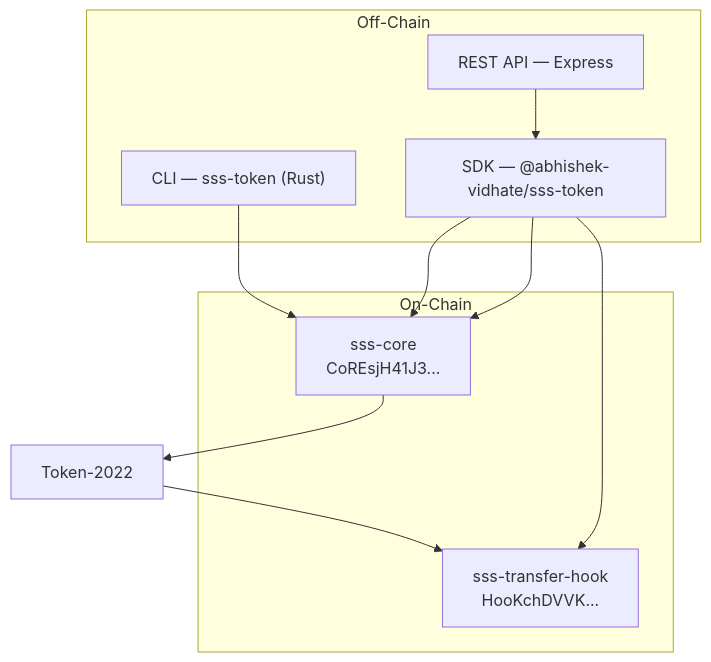
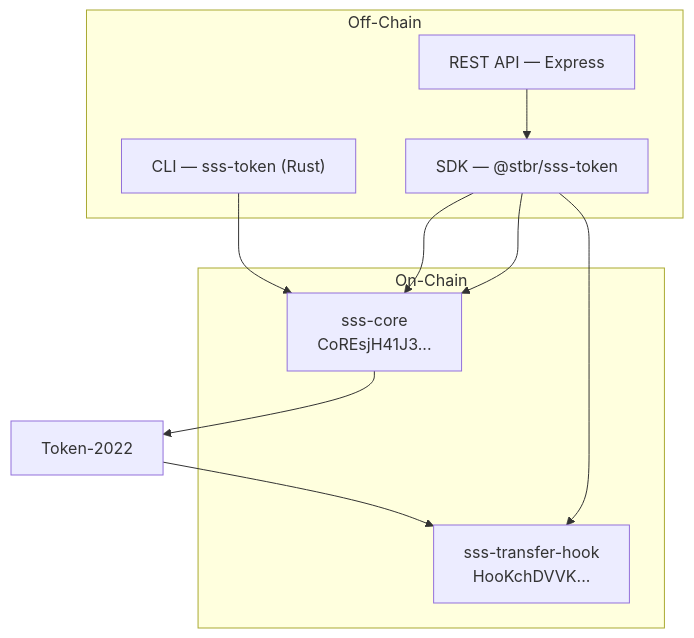
One commit to Abhishek-Vidhate/solana-stablecoin-standard changed the diagram in README.md. Above: the diagram before and after it, drawn with Mermaid. The commit also changed other lines of this file and 94 other files, not shown here.

````diff
--- a/README.md
+++ b/README.md
@@ -5,22 +5,22 @@
 ```mermaid
 graph TD
     subgraph "Off-Chain"
         CLI["CLI — sss-token (Rust)"]
         API["REST API — Express"]
-        SDK["SDK — @abhishek-vidhate/sss-token"]
+        SDK["SDK — @stbr/sss-token"]
     end
 
     CLI --> Core
     API --> SDK
     SDK --> Core
 
     subgraph "On-Chain"
         Core["sss-core<br/>CoREsjH41J3..."]
         Hook["sss-transfer-hook<br/>HooKchDVVK..."]
     end
 
     SDK --> Core
     SDK --> Hook
     Core --> T22["Token-2022"]
     T22 --> Hook
 ```
````
